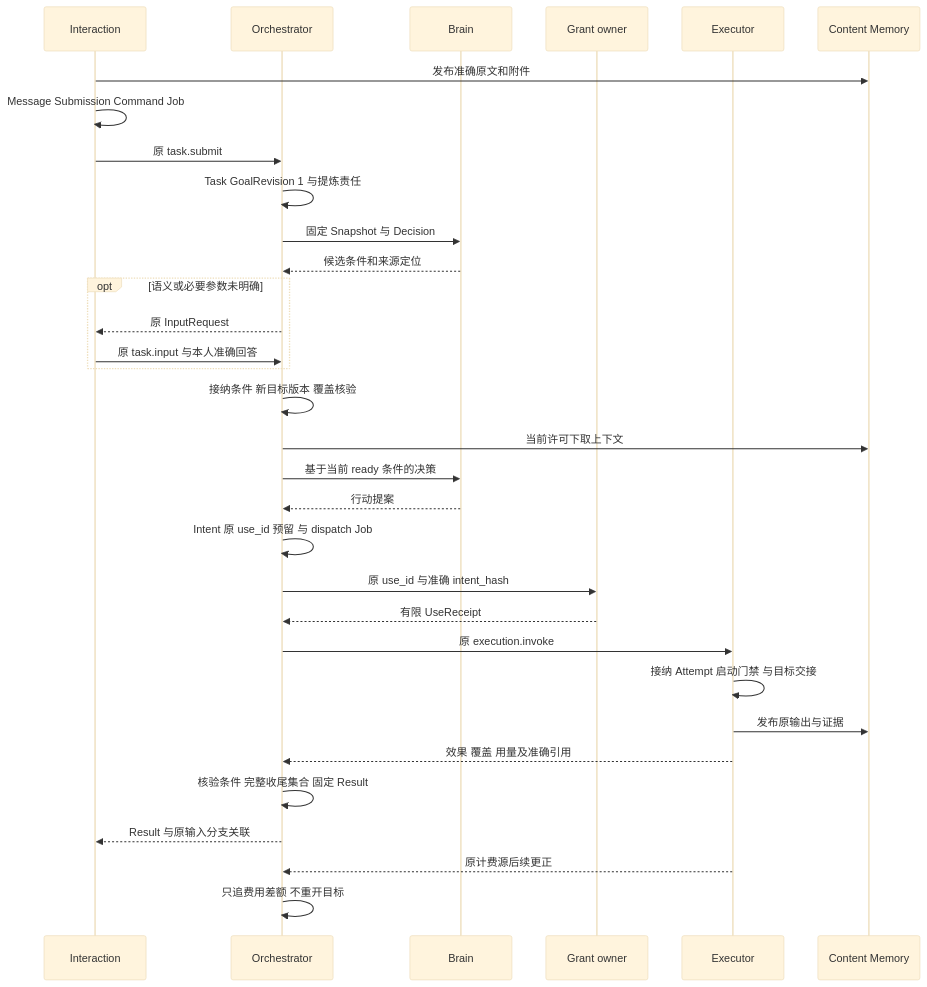
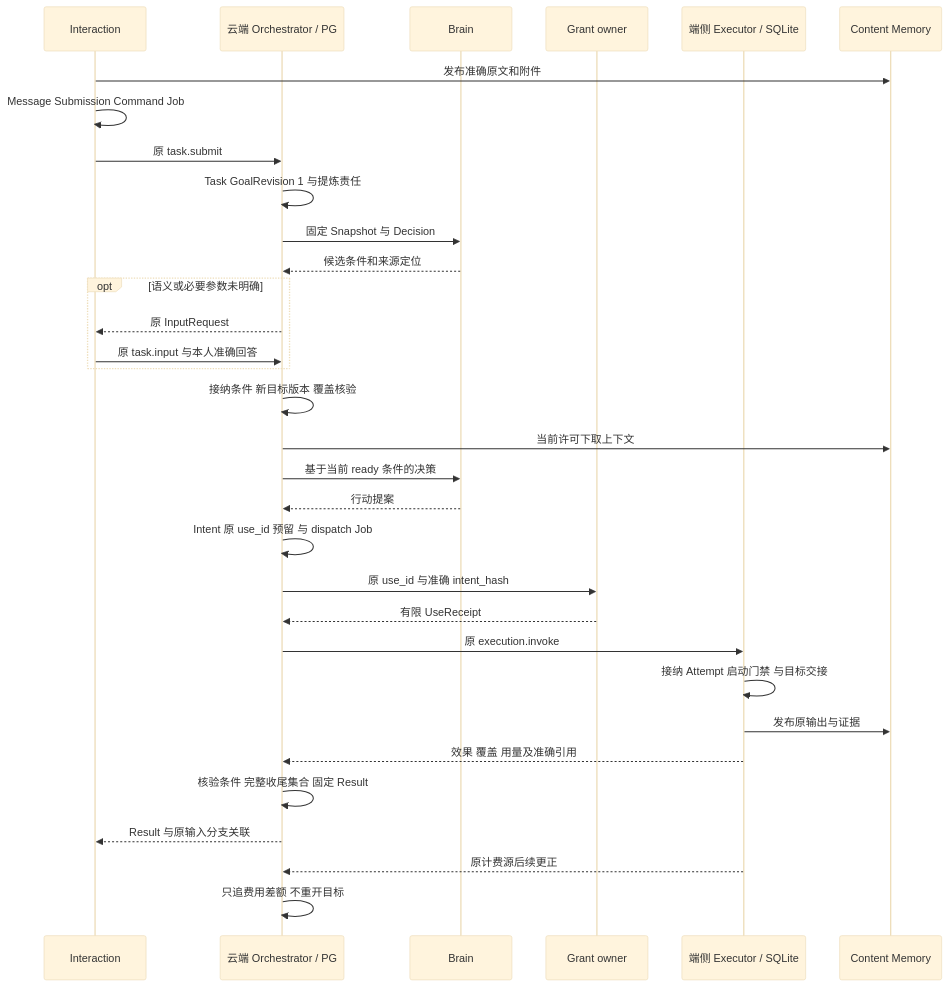
The diagram in docs/architecture/workflows.md (ruipengliu/lerna), drawn with Mermaid (base theme) before and after one commit. The commit also changed other lines of this file and 24 other files, not shown here.

````diff
--- a/docs/architecture/workflows.md
+++ b/docs/architecture/workflows.md
@@ -24,34 +24,34 @@
 ```mermaid
 sequenceDiagram
     participant A as Interaction
-    participant O as Orchestrator
+    participant O as 云端 Orchestrator / PG
     participant B as Brain
     participant G as Grant owner
-    participant E as Executor
+    participant E as 端侧 Executor / SQLite
     participant C as Content Memory
     A->>C: 发布准确原文和附件
     A->>A: Message Submission Command Job
     A->>O: 原 task.submit
     O->>O: Task GoalRevision 1 与提炼责任
     O->>B: 固定 Snapshot 与 Decision
     B-->>O: 候选条件和来源定位
     opt 语义或必要参数未明确
         O-->>A: 原 InputRequest
         A->>O: 原 task.input 与本人准确回答
     end
     O->>O: 接纳条件 新目标版本 覆盖核验
     O->>C: 当前许可下取上下文
     O->>B: 基于当前 ready 条件的决策
     B-->>O: 行动提案
     O->>O: Intent 原 use_id 预留 与 dispatch Job
     O->>G: 原 use_id 与准确 intent_hash
     G-->>O: 有限 UseReceipt
     O->>E: 原 execution.invoke
     E->>E: 接纳 Attempt 启动门禁 与目标交接
     E->>C: 发布原输出与证据
     E-->>O: 效果 覆盖 用量及准确引用
     O->>O: 核验条件 完整收尾集合 固定 Result
     O-->>A: Result 与原输入分支关联
     E-->>O: 原计费源后续更正
     O->>O: 只追费用差额 不重开目标
 ```
````
